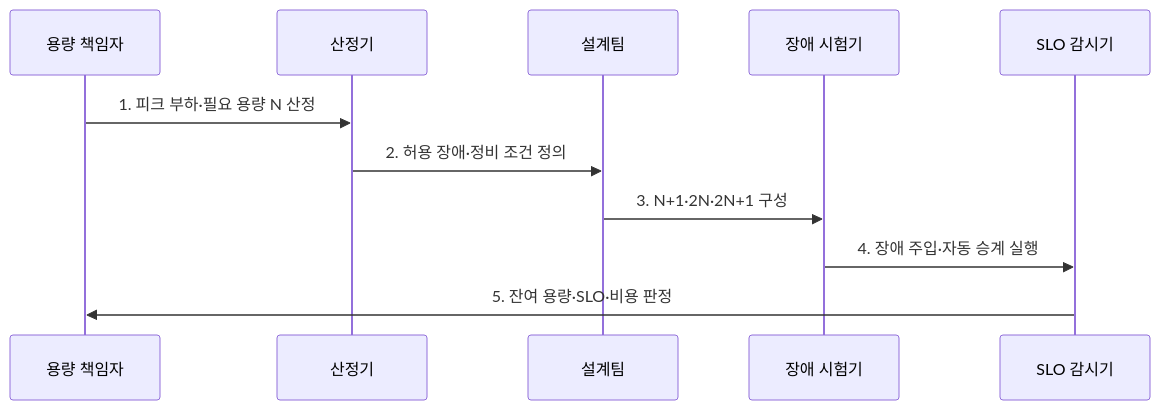
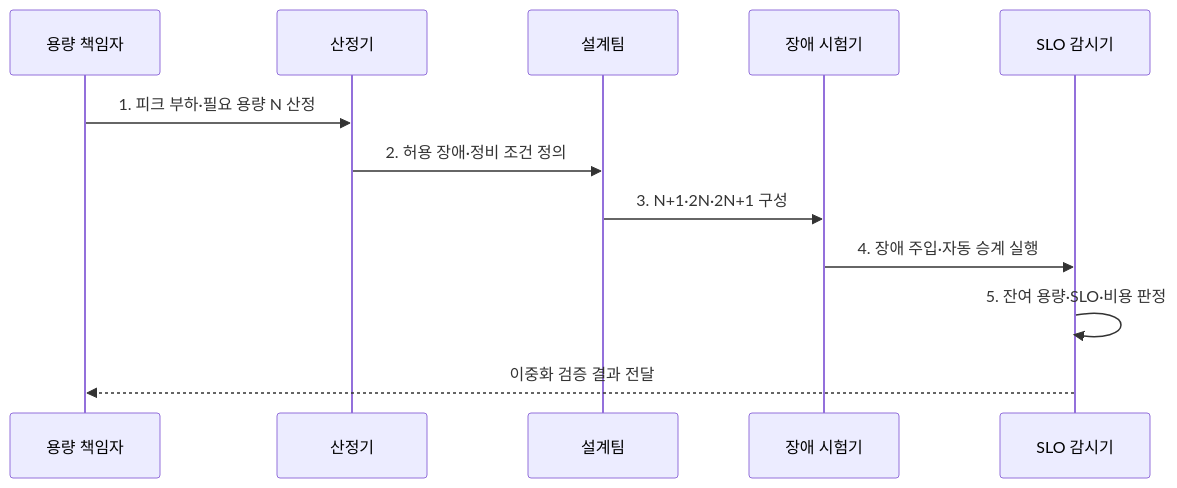
The second of 2 diagrams in src/content/docs/notes/06-evaluation/024_redundancy_configuration.md (agnusdei1207/knowledge-base), drawn with Mermaid before and after one commit. The commit also changed other lines of this file and 20 other files, not shown here.

````diff
--- a/src/content/docs/notes/06-evaluation/024_redundancy_configuration.md
+++ b/src/content/docs/notes/06-evaluation/024_redundancy_configuration.md
@@ -87,13 +88,14 @@
 ```mermaid
 sequenceDiagram
   participant O as 용량 책임자
   participant C as 산정기
   participant D as 설계팀
   participant T as 장애 시험기
   participant M as SLO 감시기
   O->>C: 1. 피크 부하·필요 용량 N 산정
   C->>D: 2. 허용 장애·정비 조건 정의
   D->>T: 3. N+1·2N·2N+1 구성
   T->>M: 4. 장애 주입·자동 승계 실행
-  M->>O: 5. 잔여 용량·SLO·비용 판정
+  M->>M: 5. 잔여 용량·SLO·비용 판정
+  M-->>O: 이중화 검증 결과 전달
 ```
````
